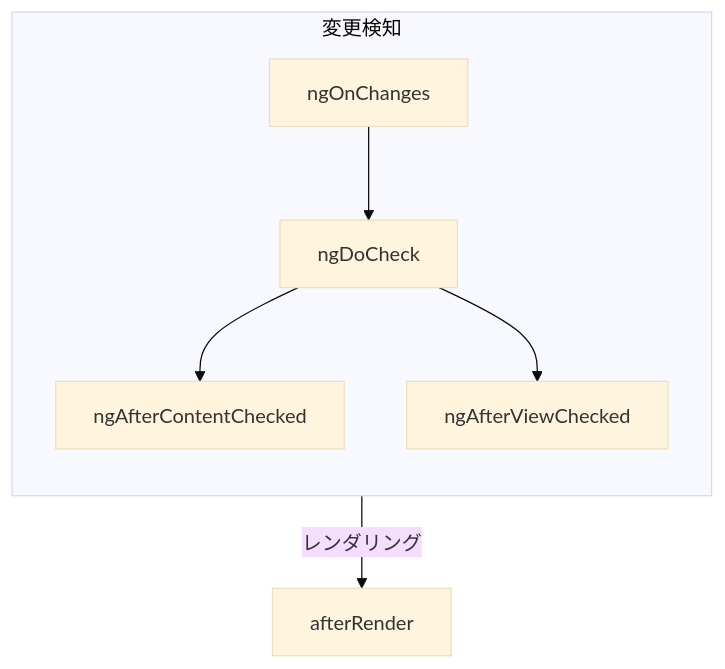
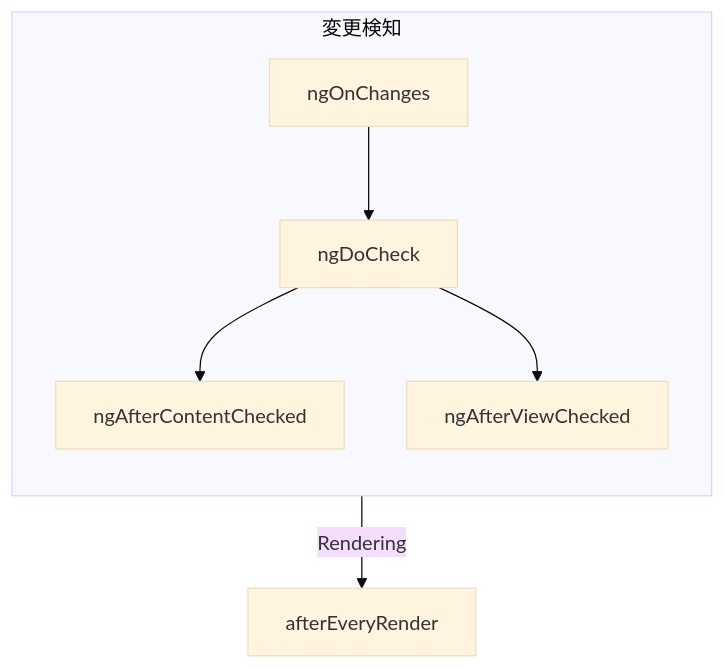
One commit to angular/angular-ja changed the second of 2 diagrams in adev-ja/src/content/guide/components/lifecycle.md. Above: the diagram before and after it, drawn with Mermaid (base theme). The commit also changed other lines of this file and 349 other files, not shown here.

````diff
--- a/adev-ja/src/content/guide/components/lifecycle.md
+++ b/adev-ja/src/content/guide/components/lifecycle.md
@@ -334,10 +335,10 @@
 ```mermaid
 graph TD;
 subgraph CHANGE [変更検知]
 direction TB
 ngOnChanges-->ngDoCheck
 ngDoCheck-->ngAfterContentChecked;
 ngDoCheck-->ngAfterViewChecked
 end
-CHANGE--レンダリング-->afterRender
+CHANGE--Rendering-->afterEveryRender
 ```
````
